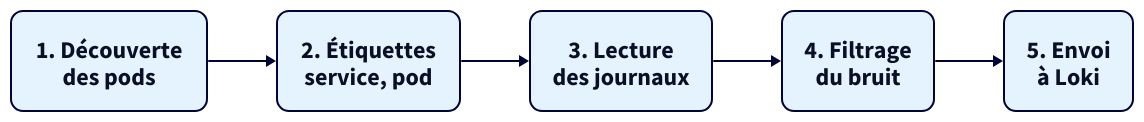
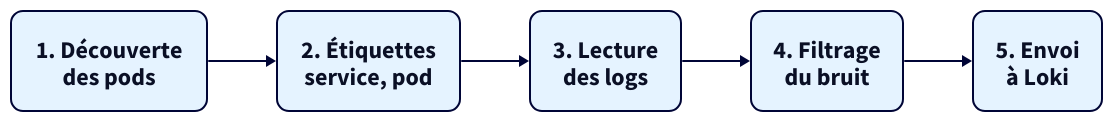
One commit to kitaah/pme changed the diagram in docs/outils/alloy.md. Above: the diagram before and after it, drawn with D2. The commit also changed other lines of this file and 38 other files, not shown here.

````diff
--- a/docs/outils/alloy.md
+++ b/docs/outils/alloy.md
@@ -26,28 +26,28 @@
 ```d2
 vars: {
   d2-config: {
     layout-engine: elk
     theme-id: 5
     pad: 8
   }
 }
 direction: right
 
 # Mise en forme commune : texte lisible à la largeur de la page, angles arrondis
 classes: {
   boite: {
     style: {
       font-size: 24
       border-radius: 12
     }
   }
 }
 
 decouverte: "1. Découverte\ndes pods" {class: boite}
 etiquettes: "2. Étiquettes\nservice, pod" {class: boite}
-lecture: "3. Lecture\ndes journaux" {class: boite}
+lecture: "3. Lecture\ndes logs" {class: boite}
 filtrage: "4. Filtrage\ndu bruit" {class: boite}
 envoi: "5. Envoi\nà Loki" {class: boite}
 
 decouverte -> etiquettes -> lecture -> filtrage -> envoi
 ```
````
